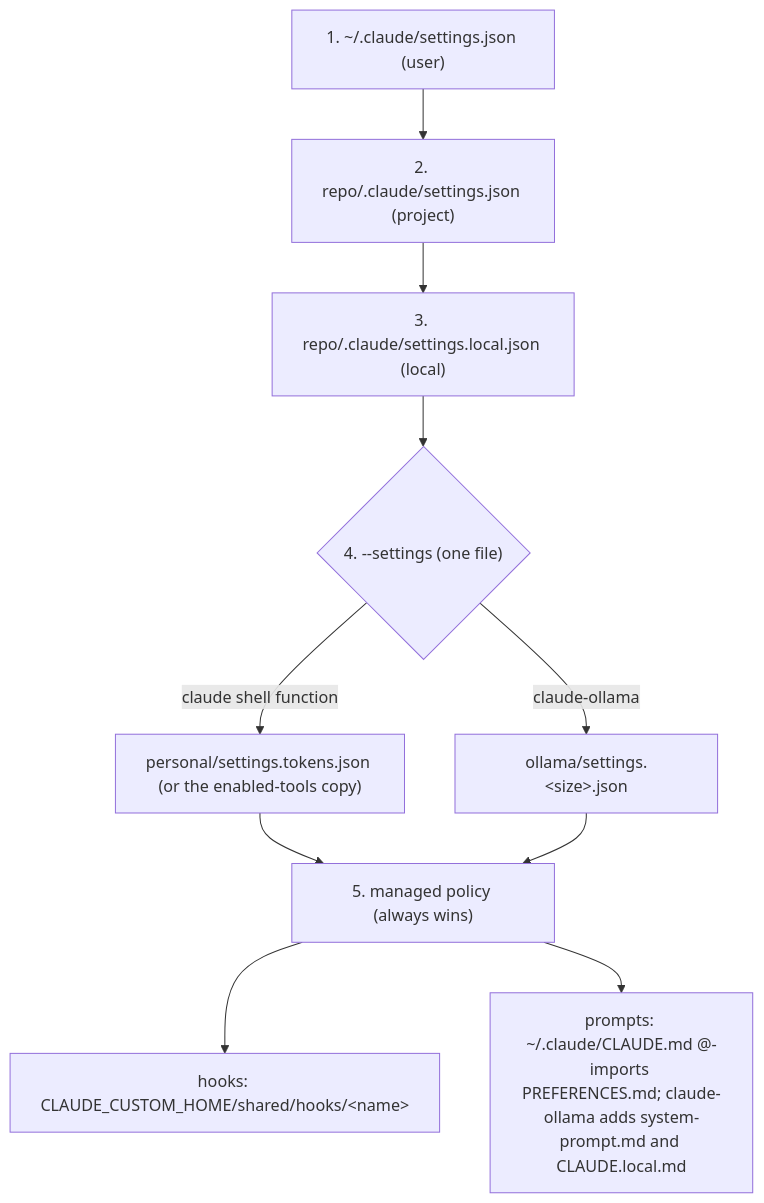
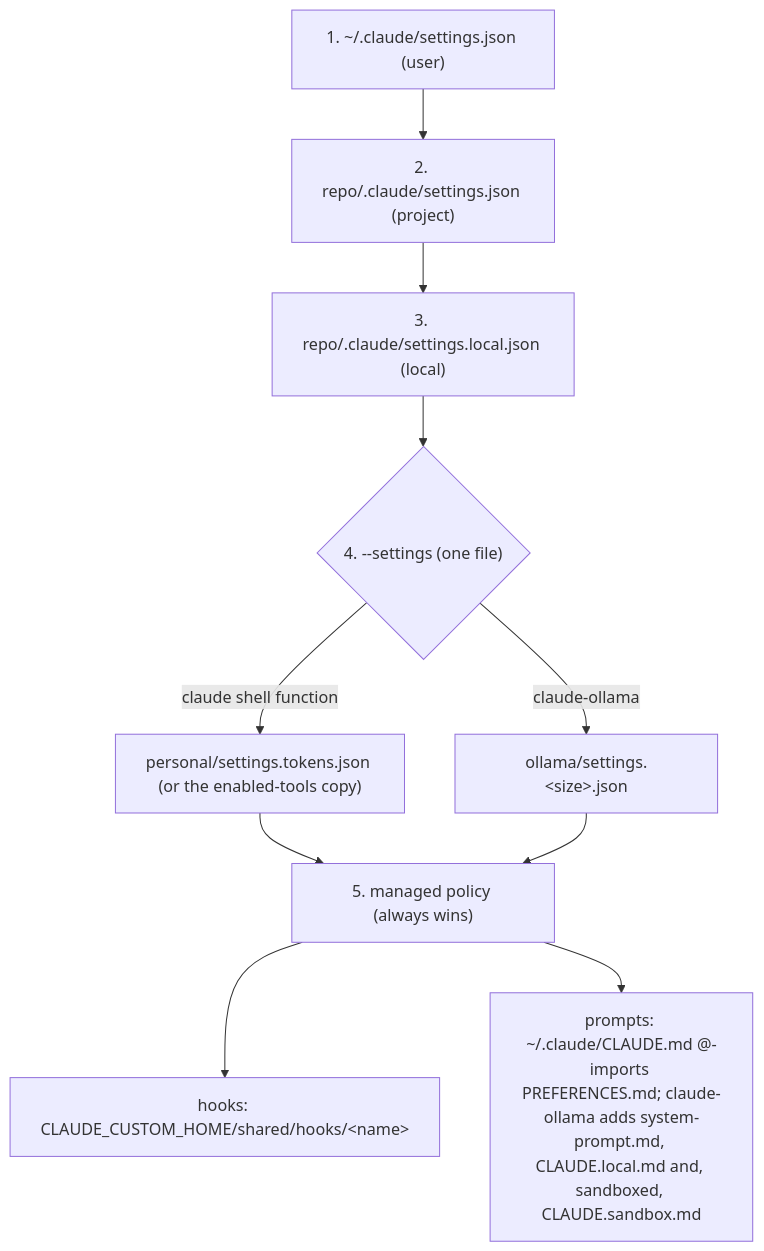
The diagram in docs/layers.md (jorden-parker/claude-custom), drawn with Mermaid before and after one commit. The commit also changed 6 other files, not shown here.

First line of the commit message:
feat: claude-ollama runs unsandboxed unless CLAUDE_OLLAMA_SANDBOX=1

````diff
--- a/docs/layers.md
+++ b/docs/layers.md
@@ -3,12 +3,12 @@
 ```mermaid
 flowchart TB
   user["1. ~/.claude/settings.json (user)"] --> project["2. repo/.claude/settings.json (project)"]
   project --> local["3. repo/.claude/settings.local.json (local)"]
   local --> cli{"4. --settings (one file)"}
   cli -->|claude shell function| personal["personal/settings.tokens.json (or the enabled-tools copy)"]
   cli -->|claude-ollama| profile["ollama/settings.&lt;size&gt;.json"]
   personal --> policy["5. managed policy (always wins)"]
   profile --> policy
   policy --> hooks["hooks: CLAUDE_CUSTOM_HOME/shared/hooks/&lt;name&gt;"]
-  policy --> prompt["prompts: ~/.claude/CLAUDE.md @-imports PREFERENCES.md; claude-ollama adds system-prompt.md and CLAUDE.local.md"]
+  policy --> prompt["prompts: ~/.claude/CLAUDE.md @-imports PREFERENCES.md; claude-ollama adds system-prompt.md, CLAUDE.local.md and, sandboxed, CLAUDE.sandbox.md"]
 ```
````
